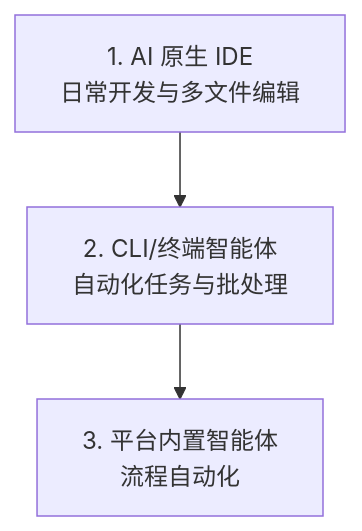
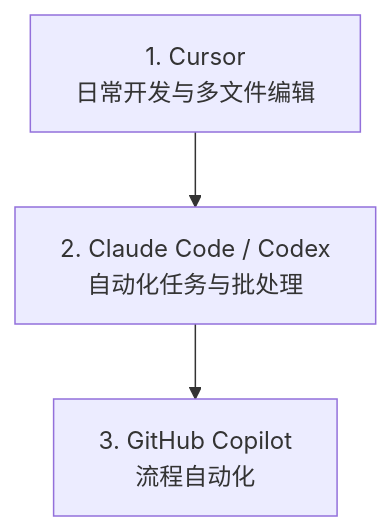
One commit to yeasy/agentic_ai_guide changed the second of 2 diagrams in 10_agentic_coding/10.3_tools.md. Above: the diagram before and after it, drawn with Mermaid. The commit also changed other lines of this file and 3 other files, not shown here.

````diff
--- a/10_agentic_coding/10.3_tools.md
+++ b/10_agentic_coding/10.3_tools.md
@@ -528,5 +532,5 @@
 ```mermaid
 graph TD
-    IDE[1. AI 原生 IDE<br>日常开发与多文件编辑] --> CLI[2. CLI/终端智能体<br>自动化任务与批处理]
-    CLI --> Bot[3. 平台内置智能体<br>流程自动化]
+    Cursor[1. Cursor<br>日常开发与多文件编辑] --> Claude[2. Claude Code / Codex<br>自动化任务与批处理]
+    Claude --> Copilot[3. GitHub Copilot<br>流程自动化]
 ```
````
